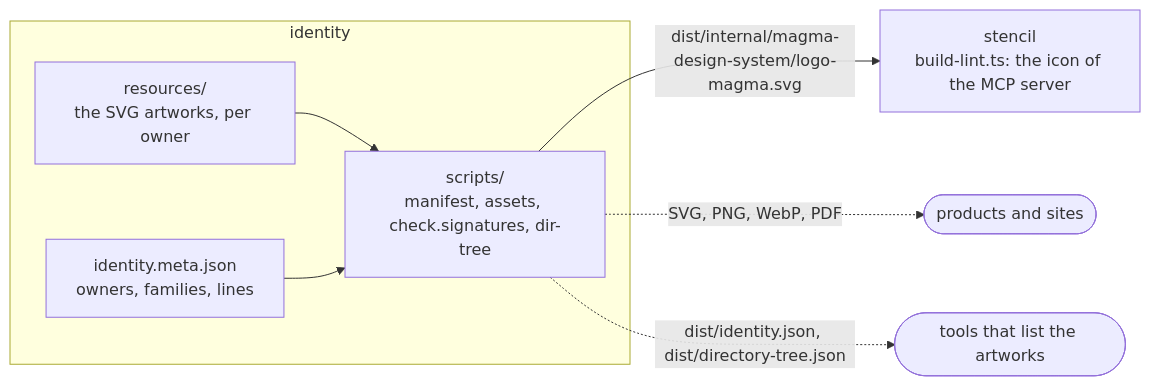
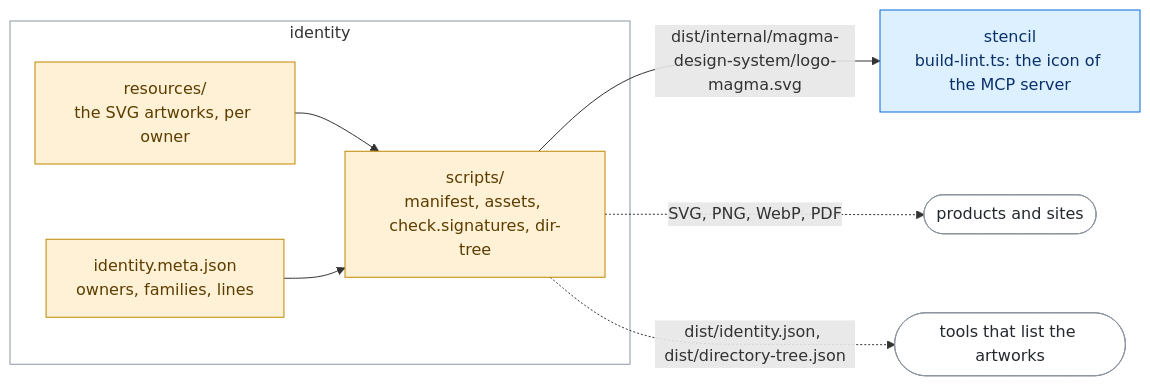
One commit to magma-design-system/magma changed the diagram in projects/identity/README.md. Above: the diagram before and after it, drawn with Mermaid. The commit also changed other lines of this file and 11 other files, not shown here.

First line of the commit message:
docs(magma): colour the diagrams of the projects by axis

````diff
--- a/projects/identity/README.md
+++ b/projects/identity/README.md
@@ -17,13 +17,24 @@
 ```mermaid
 flowchart LR
   subgraph id["identity"]
     RES["resources/<br/>the SVG artworks, per owner"]
     META["identity.meta.json<br/>owners, families, lines"]
     BUILD["scripts/<br/>manifest, assets, check.signatures, dir-tree"]
     RES --> BUILD
     META --> BUILD
   end
   BUILD -->|"dist/internal/magma-design-system/logo-magma.svg"| WC["stencil<br/>build-lint.ts: the icon of the MCP server"]
   BUILD -.->|"SVG, PNG, WebP, PDF"| APP(["products and sites"])
   BUILD -.->|"dist/identity.json, dist/directory-tree.json"| TOOLS(["tools that list the artworks"])
+  class RES,META,BUILD assets
+  class WC components
+  class APP,TOOLS outside
+  class id area
+  classDef ai fill:#efe5ff,stroke:#8250df,color:#3e1f79
+  classDef assets fill:#fff1d6,stroke:#bf8700,color:#5c3d00
+  classDef visual fill:#dcf5ec,stroke:#1a7f64,color:#0b4a3a
+  classDef components fill:#ddf0ff,stroke:#0969da,color:#0a3069
+  classDef tooling fill:#eceff3,stroke:#57606a,color:#24292f
+  classDef outside fill:#ffffff,stroke:#8c959f,color:#24292f
+  classDef area fill:none,stroke:#8c959f
 ```
````
